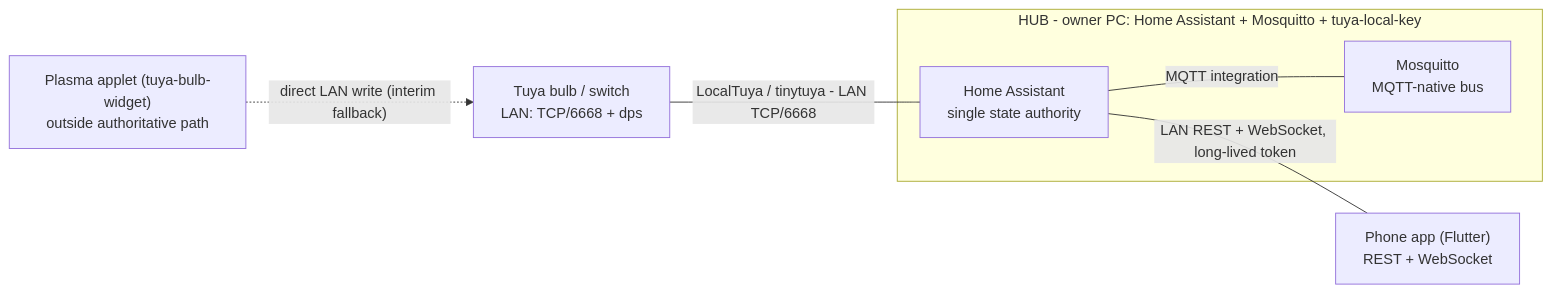
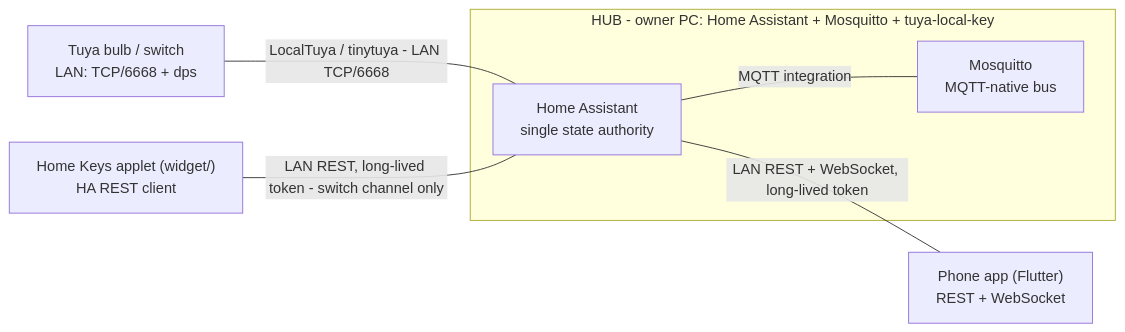
The diagram in docs/context/project-overview.md (DaveR-ui/daver-home-system), drawn with Mermaid before and after one commit. The commit also changed other lines of this file and 40 other files, not shown here.

````diff
--- a/docs/context/project-overview.md
+++ b/docs/context/project-overview.md
@@ -24,14 +24,14 @@
 ```mermaid
 flowchart LR
   DEV["Tuya bulb / switch<br/>LAN: TCP/6668 + dps"]
   subgraph HUB["HUB - owner PC: Home Assistant + Mosquitto + tuya-local-key"]
     HA["Home Assistant<br/>single state authority"]
     MQ["Mosquitto<br/>MQTT-native bus"]
   end
   APP["Phone app (Flutter)<br/>REST + WebSocket"]
-  KDE["Plasma applet (tuya-bulb-widget)<br/>outside authoritative path"]
+  KDE["Home Keys applet (widget/)<br/>HA REST client"]
   DEV ---|"LocalTuya / tinytuya - LAN TCP/6668"| HA
   HA ---|"MQTT integration"| MQ
   HA ---|"LAN REST + WebSocket, long-lived token"| APP
-  KDE -.->|"direct LAN write (interim fallback)"| DEV
+  KDE ---|"LAN REST, long-lived token - switch channel only"| HA
 ```
````
